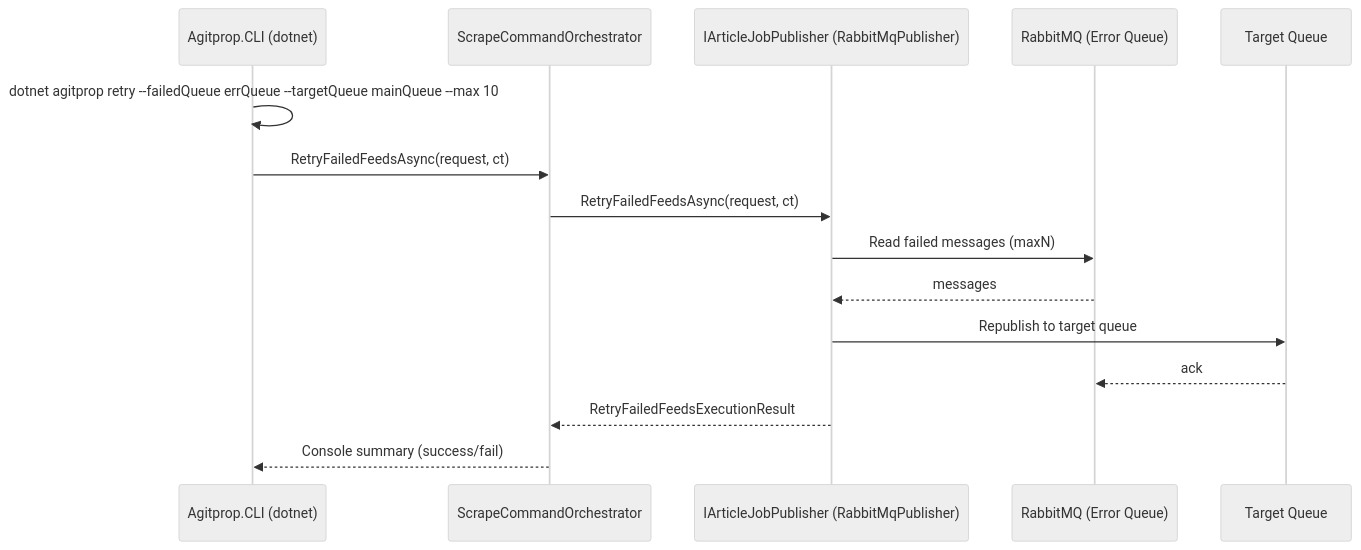
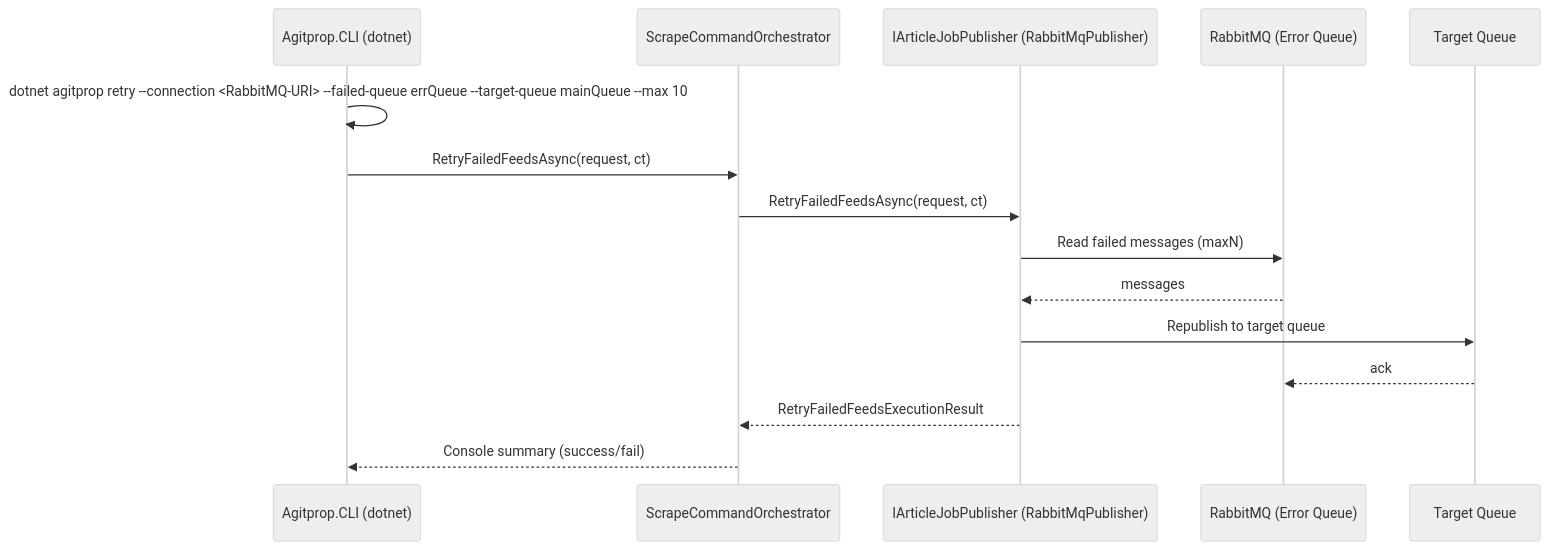
One commit to Fortyfei/AgitpropScraper changed the eighth of 8 diagrams in .docs/pipelines.md. Above: the diagram before and after it, drawn with Mermaid (neutral theme). The commit also changed other lines of this file and 32 other files, not shown here.

````diff
--- a/.docs/pipelines.md
+++ b/.docs/pipelines.md
@@ -186,18 +183,18 @@
 ```mermaid
 sequenceDiagram
     participant CLI as Agitprop.CLI (dotnet)
     participant ORCH as ScrapeCommandOrchestrator
     participant PUBLISHER as IArticleJobPublisher (RabbitMqPublisher)
     participant MQ as RabbitMQ (Error Queue)
     participant TARGET as Target Queue
 
-    CLI->>CLI: dotnet agitprop retry --failedQueue errQueue --targetQueue mainQueue --max 10
+    CLI->>CLI: dotnet agitprop retry --connection <RabbitMQ-URI> --failed-queue errQueue --target-queue mainQueue --max 10
     CLI->>ORCH: RetryFailedFeedsAsync(request, ct)
     ORCH->>PUBLISHER: RetryFailedFeedsAsync(request, ct)
     PUBLISHER->>MQ: Read failed messages (maxN)
     MQ-->>PUBLISHER: messages
     PUBLISHER->>TARGET: Republish to target queue
     TARGET-->>MQ: ack
     PUBLISHER-->>ORCH: RetryFailedFeedsExecutionResult
     ORCH-->>CLI: Console summary (success/fail)
 ```
````
